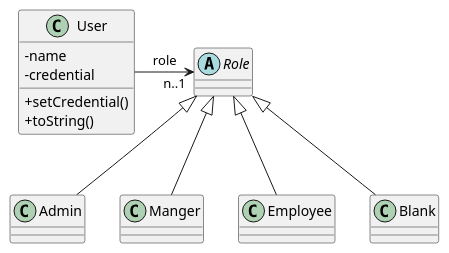
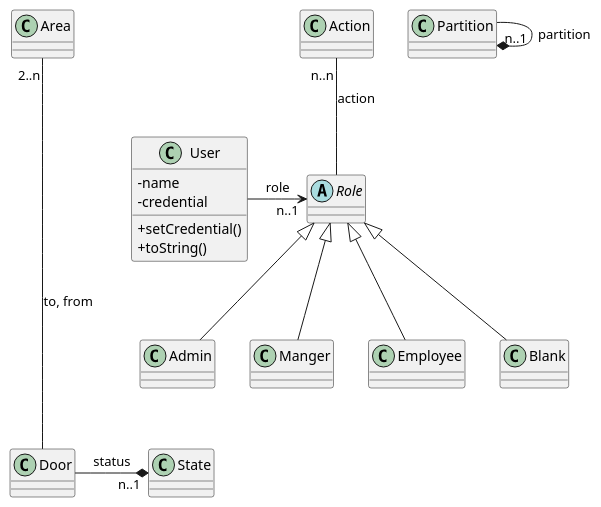
The diagram in src/baseNoStates/uml/class.puml (cuevc/PlabDs), drawn with PlantUML before and after one commit.

Commit message:
first diagram version

```diff
--- a/src/baseNoStates/uml/class.puml
+++ b/src/baseNoStates/uml/class.puml
@@ -1,30 +1,38 @@
 @startuml
 skinparam classAttributeIconSize 0
 ' this is to use the standard notation for public, protected, private
 
 class User {
 - name
 - credential
 + setCredential()
 + toString()
 }
 User -right-> "n..1" Role : role
 
 
 abstract class Role{
 
 }
 
 class Admin extends Role{
 }
 class Manger extends Role{
 }
+
 class Employee extends Role{
 }
+
 class Blank extends Role{
 }
+
+
+Role -up- "n..n" Action : action
+Door -right-*"n..1" State : status
+Door --up--"2..n" Area: to, from
+Partition --right*"n..1" Partition : partition
 
 
 
 
 @enduml
```
